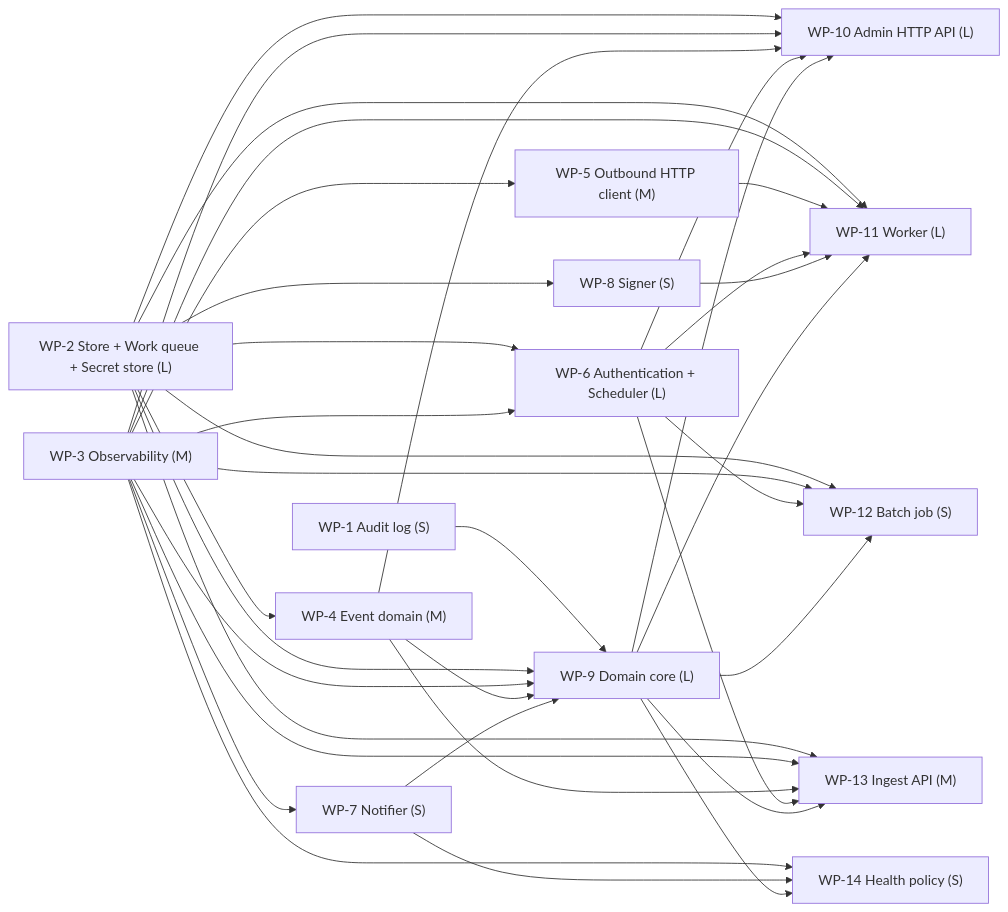
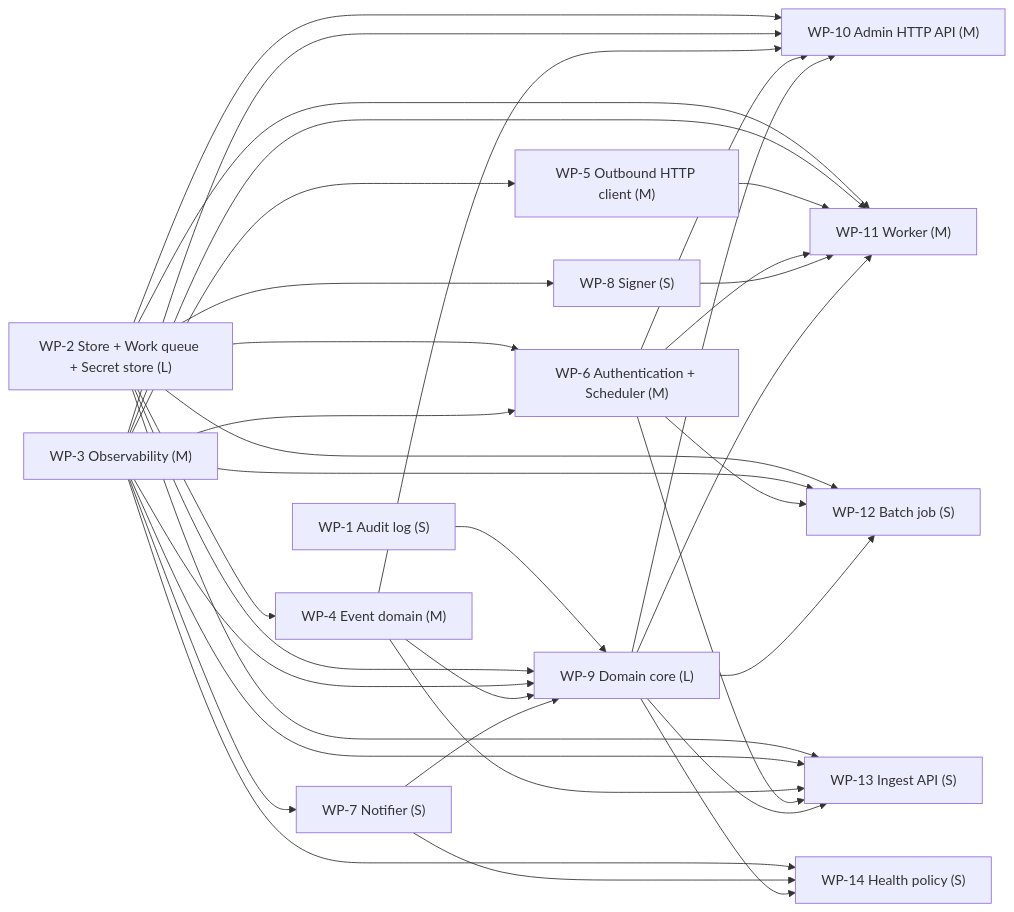
Before and after one commit to yui9696/sekkei: the eighth of 8 diagrams in examples/webhooks/DESIGN.md, drawn with Mermaid. The commit also changed other lines of this file and 42 other files, not shown here.

````diff
--- a/examples/webhooks/DESIGN.md
+++ b/examples/webhooks/DESIGN.md
@@ -1150,51 +1146,51 @@
 ```mermaid
 graph LR
   WP_1["WP-1 Audit log (S)"]
   WP_2["WP-2 Store + Work queue + Secret store (L)"]
   WP_3["WP-3 Observability (M)"]
   WP_4["WP-4 Event domain (M)"]
   WP_5["WP-5 Outbound HTTP client (M)"]
-  WP_6["WP-6 Authentication + Scheduler (L)"]
+  WP_6["WP-6 Authentication + Scheduler (M)"]
   WP_7["WP-7 Notifier (S)"]
   WP_8["WP-8 Signer (S)"]
   WP_9["WP-9 Domain core (L)"]
-  WP_10["WP-10 Admin HTTP API (L)"]
-  WP_11["WP-11 Worker (L)"]
+  WP_10["WP-10 Admin HTTP API (M)"]
+  WP_11["WP-11 Worker (M)"]
   WP_12["WP-12 Batch job (S)"]
-  WP_13["WP-13 Ingest API (M)"]
+  WP_13["WP-13 Ingest API (S)"]
   WP_14["WP-14 Health policy (S)"]
   WP_2 --> WP_4
   WP_3 --> WP_5
   WP_2 --> WP_6
   WP_3 --> WP_6
   WP_3 --> WP_7
   WP_2 --> WP_8
   WP_1 --> WP_9
   WP_2 --> WP_9
   WP_3 --> WP_9
   WP_4 --> WP_9
   WP_7 --> WP_9
   WP_2 --> WP_10
   WP_3 --> WP_10
   WP_4 --> WP_10
   WP_6 --> WP_10
   WP_9 --> WP_10
   WP_2 --> WP_11
   WP_3 --> WP_11
   WP_5 --> WP_11
   WP_6 --> WP_11
   WP_8 --> WP_11
   WP_9 --> WP_11
   WP_2 --> WP_12
   WP_3 --> WP_12
   WP_6 --> WP_12
   WP_9 --> WP_12
   WP_2 --> WP_13
   WP_3 --> WP_13
   WP_4 --> WP_13
   WP_6 --> WP_13
   WP_9 --> WP_13
   WP_3 --> WP_14
   WP_7 --> WP_14
   WP_9 --> WP_14
 ```
````
